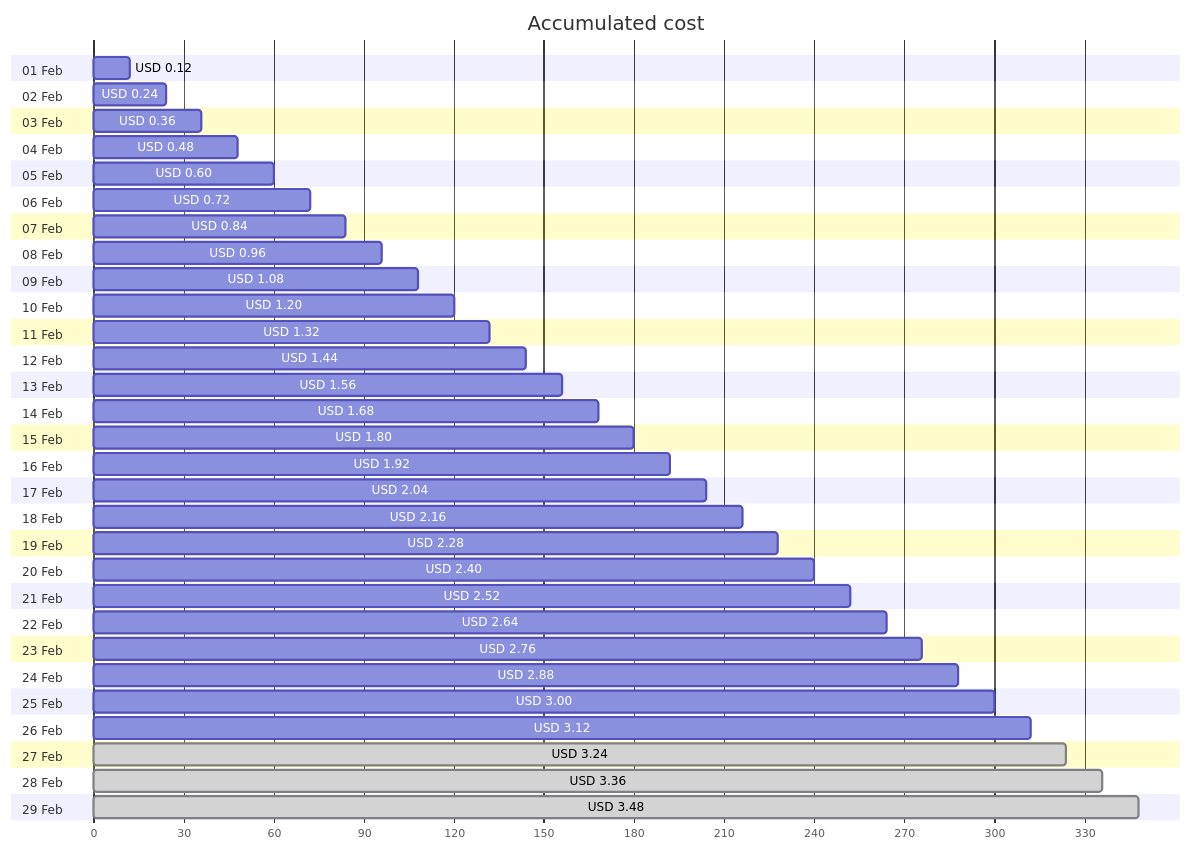
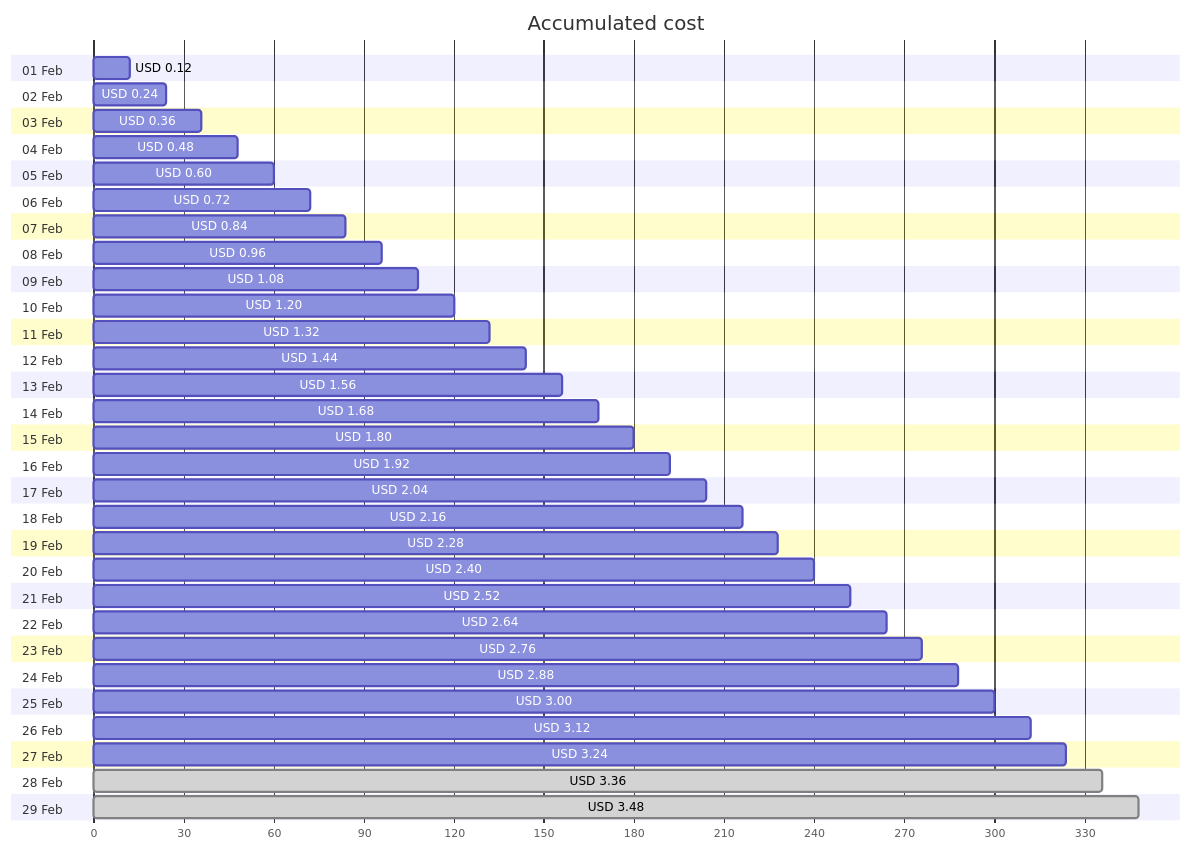
Before and after one commit to jpfulton/azure-personal-reports: the first of 4 diagrams in cost-reports/personal-network/backup-server-public-ip.md, drawn with Mermaid. The commit also changed other lines of this file and 8 other files, not shown here.

````diff
--- a/cost-reports/personal-network/backup-server-public-ip.md
+++ b/cost-reports/personal-network/backup-server-public-ip.md
@@ -20,64 +20,64 @@
 ```mermaid
 gantt
    title Accumulated cost
    dateFormat  X
    axisFormat %s
    section 01 Feb
    USD 0.12 :0, 12
    section 02 Feb
    USD 0.24 :0, 24
    section 03 Feb
    USD 0.36 :0, 36
    section 04 Feb
    USD 0.48 :0, 48
    section 05 Feb
    USD 0.60 :0, 60
    section 06 Feb
    USD 0.72 :0, 72
    section 07 Feb
    USD 0.84 :0, 84
    section 08 Feb
    USD 0.96 :0, 96
    section 09 Feb
    USD 1.08 :0, 108
    section 10 Feb
    USD 1.20 :0, 120
    section 11 Feb
    USD 1.32 :0, 132
    section 12 Feb
    USD 1.44 :0, 144
    section 13 Feb
    USD 1.56 :0, 156
    section 14 Feb
    USD 1.68 :0, 168
    section 15 Feb
    USD 1.80 :0, 180
    section 16 Feb
    USD 1.92 :0, 192
    section 17 Feb
    USD 2.04 :0, 204
    section 18 Feb
    USD 2.16 :0, 216
    section 19 Feb
    USD 2.28 :0, 228
    section 20 Feb
    USD 2.40 :0, 240
    section 21 Feb
    USD 2.52 :0, 252
    section 22 Feb
    USD 2.64 :0, 264
    section 23 Feb
    USD 2.76 :0, 276
    section 24 Feb
    USD 2.88 :0, 288
    section 25 Feb
    USD 3.00 :0, 300
    section 26 Feb
    USD 3.12 :0, 312
    section 27 Feb
-   USD 3.24 : done, 0, 324
+   USD 3.24 :0, 324
    section 28 Feb
    USD 3.36 : done, 0, 336
    section 29 Feb
    USD 3.48 : done, 0, 348
 ```
````
